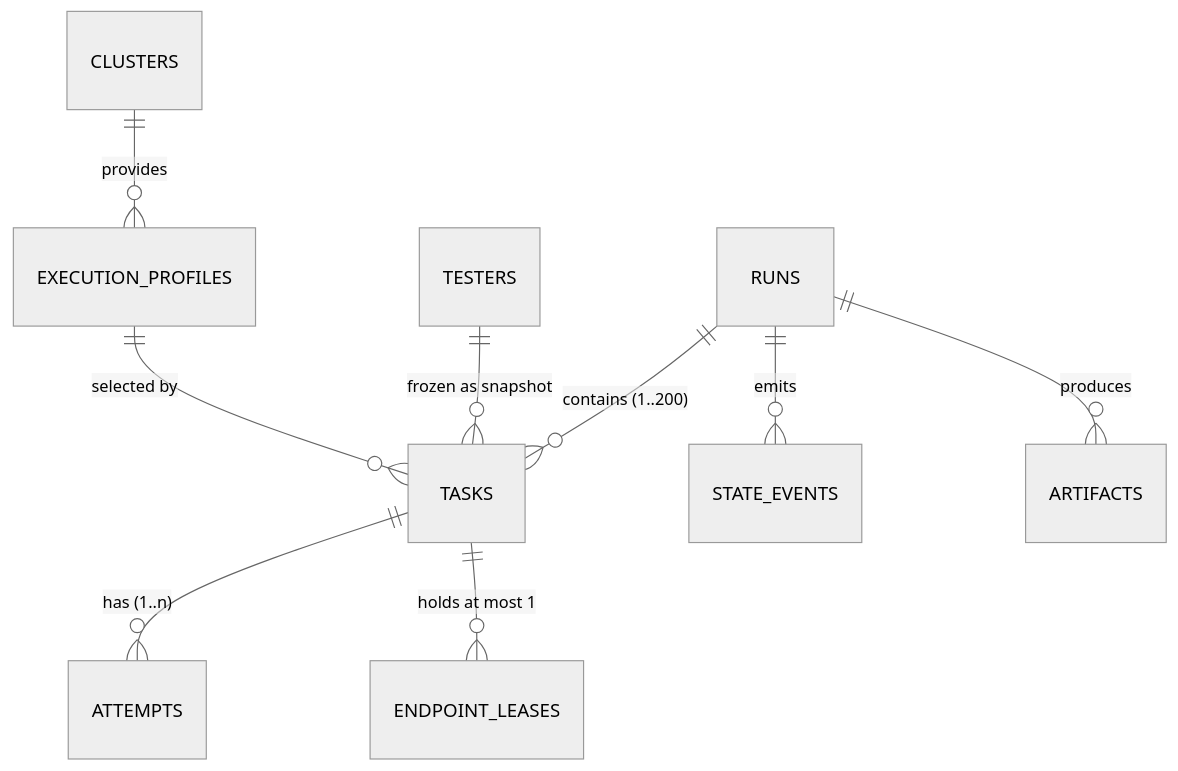
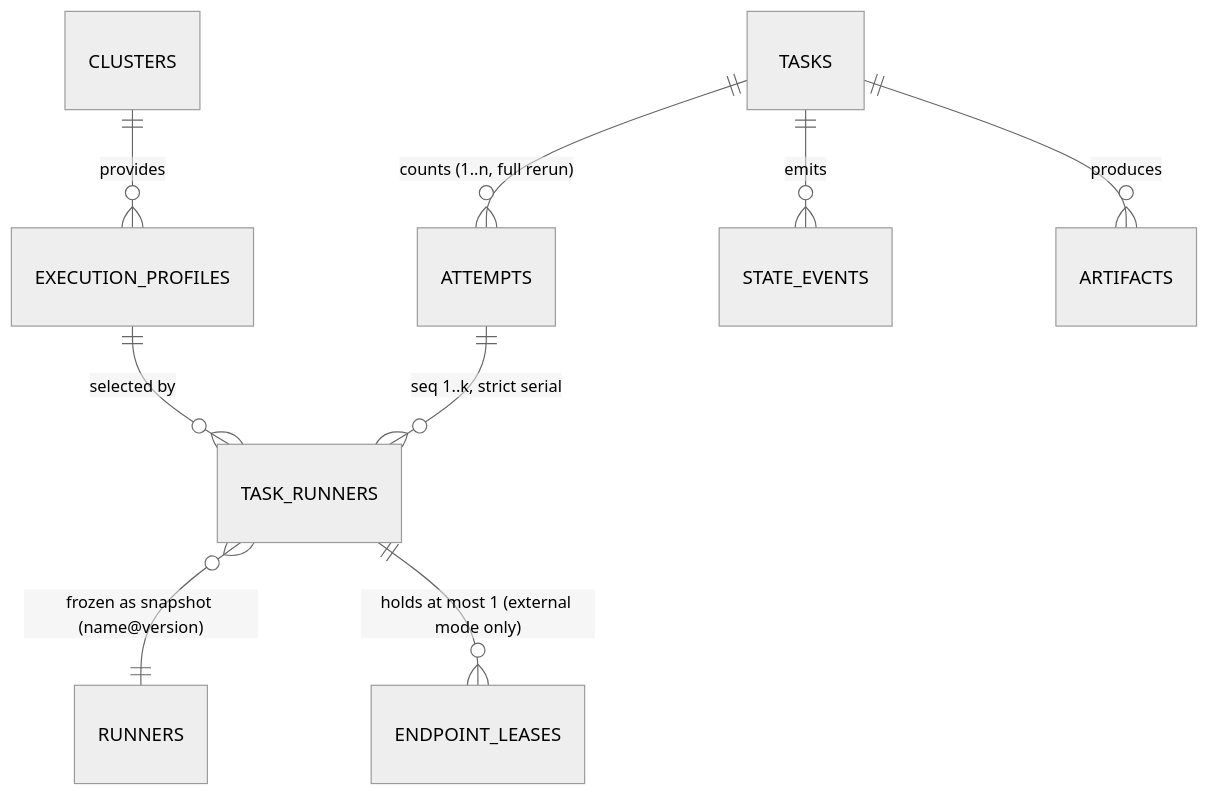
One commit to ucm-system/testplane changed the first of 4 diagrams in design/views/02-logical-view.md. Above: the diagram before and after it, drawn with Mermaid (neutral theme). The commit also changed other lines of this file and 471 other files, not shown here.

````diff
--- a/design/views/02-logical-view.md
+++ b/design/views/02-logical-view.md
@@ -24,11 +24,11 @@
 ```mermaid
 erDiagram
-    RUNS ||--o{ TASKS : "contains (1..200)"
-    TASKS ||--o{ ATTEMPTS : "has (1..n)"
-    TESTERS ||--o{ TASKS : "frozen as snapshot"
+    TASKS ||--o{ ATTEMPTS : "counts (1..n, full rerun)"
+    ATTEMPTS ||--o{ TASK_RUNNERS : "seq 1..k, strict serial"
+    TASK_RUNNERS }o--|| RUNNERS : "frozen as snapshot (name@version)"
     CLUSTERS ||--o{ EXECUTION_PROFILES : "provides"
-    EXECUTION_PROFILES ||--o{ TASKS : "selected by"
-    RUNS ||--o{ STATE_EVENTS : "emits"
-    RUNS ||--o{ ARTIFACTS : "produces"
-    TASKS ||--o{ ENDPOINT_LEASES : "holds at most 1"
+    EXECUTION_PROFILES ||--o{ TASK_RUNNERS : "selected by"
+    TASKS ||--o{ STATE_EVENTS : "emits"
+    TASKS ||--o{ ARTIFACTS : "produces"
+    TASK_RUNNERS ||--o{ ENDPOINT_LEASES : "holds at most 1 (external mode only)"
 ```
````
